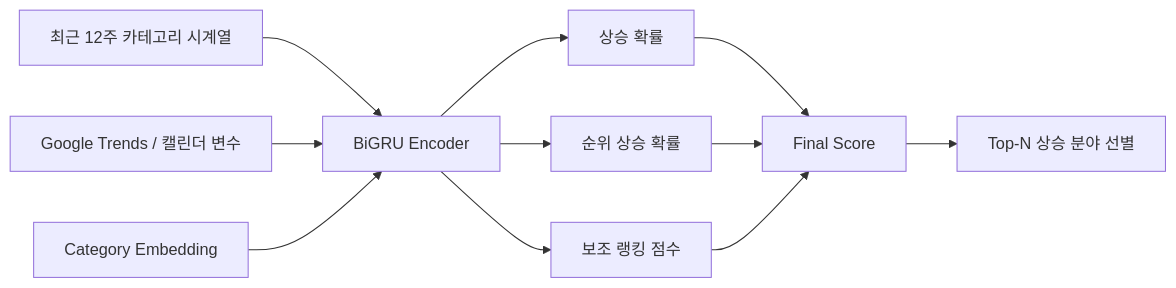
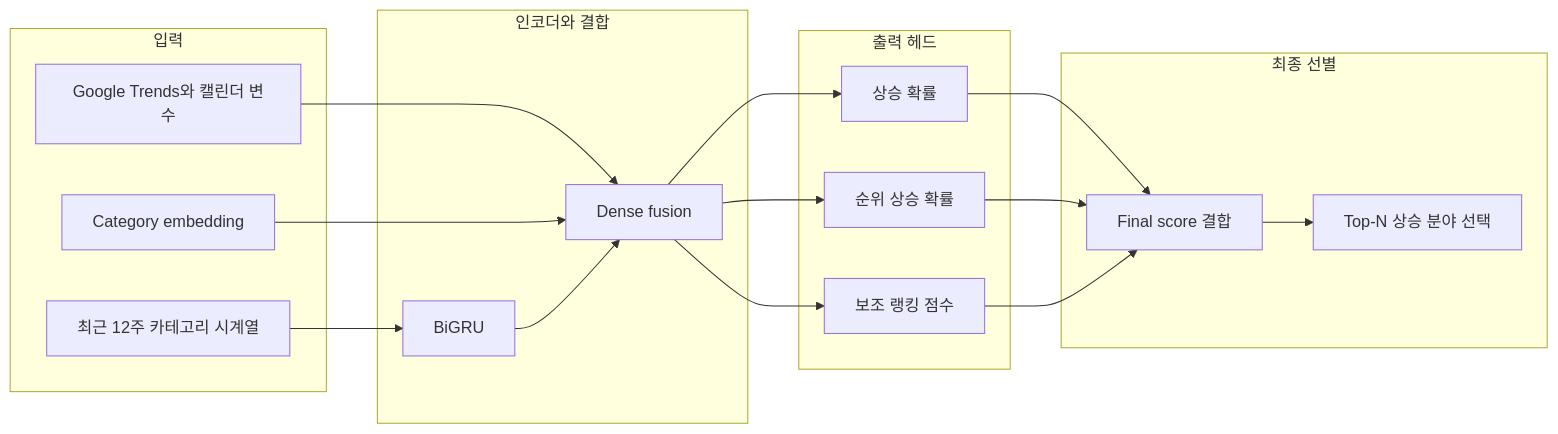
One commit to HCG0313/youtube-trend-project-journey changed the diagram in FINAL_MODEL.md. Above: the diagram before and after it, drawn with Mermaid. The commit also changed other lines of this file, not shown here.

Commit message:
Clarify model role and BiGRU rationale

````diff
--- a/FINAL_MODEL.md
+++ b/FINAL_MODEL.md
@@ -105,13 +54,36 @@
 ```mermaid
 flowchart LR
-    A["최근 12주 카테고리 시계열"] --> D["BiGRU Encoder"]
-    B["Google Trends / 캘린더 변수"] --> D
-    C["Category Embedding"] --> D
-    D --> E["상승 확률"]
-    D --> F["순위 상승 확률"]
-    D --> G["보조 랭킹 점수"]
-    E --> H["Final Score"]
-    F --> H
-    G --> H
-    H --> I["Top-N 상승 분야 선별"]
+    subgraph A[입력]
+        A1[최근 12주 카테고리 시계열]
+        A2[Google Trends와 캘린더 변수]
+        A3[Category embedding]
+    end
+
+    subgraph B[인코더와 결합]
+        B1[BiGRU]
+        B2[Dense fusion]
+    end
+
+    subgraph C[출력 헤드]
+        C1[상승 확률]
+        C2[순위 상승 확률]
+        C3[보조 랭킹 점수]
+    end
+
+    subgraph D[최종 선별]
+        D1[Final score 결합]
+        D2[Top-N 상승 분야 선택]
+    end
+
+    A1 --> B1
+    A2 --> B2
+    A3 --> B2
+    B1 --> B2
+    B2 --> C1
+    B2 --> C2
+    B2 --> C3
+    C1 --> D1
+    C2 --> D1
+    C3 --> D1
+    D1 --> D2
 ```
````
